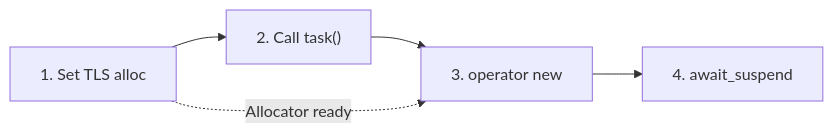
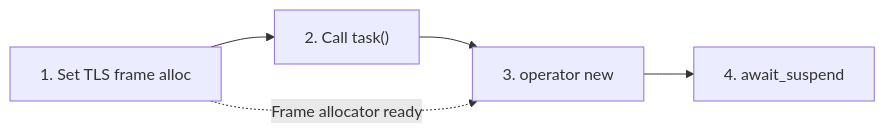
Before and after one commit to MungoG/cppa-wg21-papers: the fifth of 5 diagrams in source/d4003-io-awaitables.md, drawn with Mermaid. The commit also changed other lines of this file, not shown here.

Commit message:
Its frame allocator

````diff
--- a/source/d4003-io-awaitables.md
+++ b/source/d4003-io-awaitables.md
@@ -1050,7 +1054,7 @@
 ```mermaid
 flowchart LR
-    I1["1. Set TLS alloc"] --> I2["2. Call task()"]
+    I1["1. Set TLS frame alloc"] --> I2["2. Call task()"]
     I2 --> I3["3. operator new"]
     I3 --> I4["4. await_suspend"]
-    I1 -.->|"Allocator ready"| I3
+    I1 -.->|"Frame allocator ready"| I3
 ```
````
